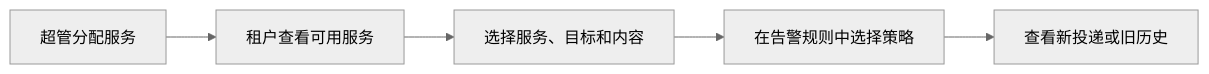
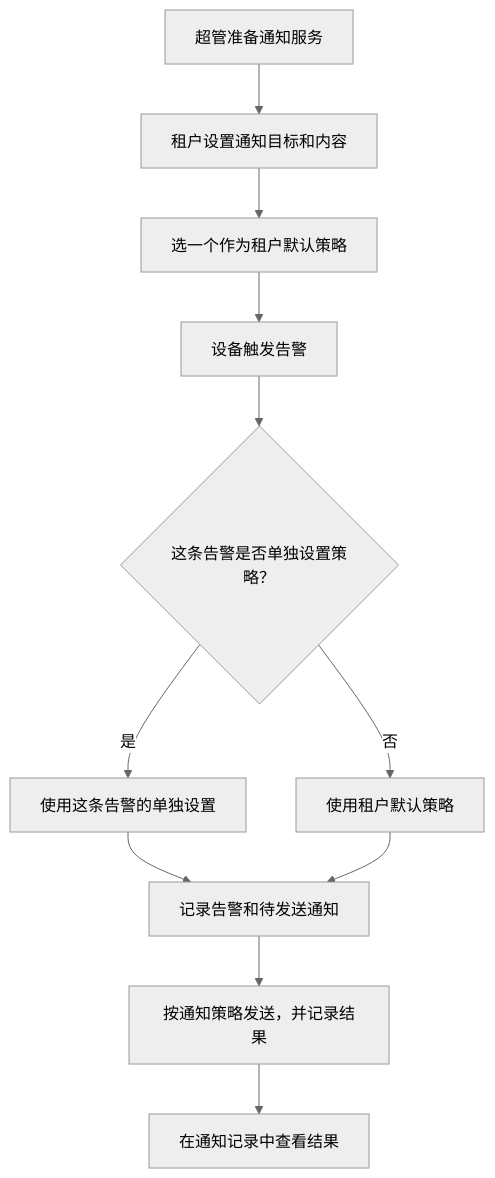
One commit to ThingsPanel/thingspanel.github.io changed the diagram in i18n/zh-Hans/docusaurus-plugin-content-docs/current/user-guide/tenant-operation-manual/warning/Notification_group.md. Above: the diagram before and after it, drawn with Mermaid (neutral theme). The commit also changed other lines of this file and 10 other files, not shown here.

Commit message:
docs: explain tenant default policy with product workflow and real screenshots

````diff
--- a/i18n/zh-Hans/docusaurus-plugin-content-docs/current/user-guide/tenant-operation-manual/warning/Notification_group.md
+++ b/i18n/zh-Hans/docusaurus-plugin-content-docs/current/user-guide/tenant-operation-manual/warning/Notification_group.md
@@ -9,7 +9,13 @@
 ```mermaid
-flowchart LR
-  Admin[超管分配服务] --> Tenant[租户查看可用服务]
-  Tenant --> Strategy[选择服务、目标和内容]
-  Strategy --> Alarm[在告警规则中选择策略]
-  Alarm --> Record[查看新投递或旧历史]
+flowchart TD
+  Service[超管准备通知服务] --> Policy[租户设置通知目标和内容]
+  Policy --> Default[选一个作为租户默认策略]
+  Default --> Alarm[设备触发告警]
+  Alarm --> Choice{这条告警是否单独设置策略？}
+  Choice -->|是| Explicit[使用这条告警的单独设置]
+  Choice -->|否| Inherit[使用租户默认策略]
+  Explicit --> Save[记录告警和待发送通知]
+  Inherit --> Save
+  Save --> Send[按通知策略发送，并记录结果]
+  Send --> Result[在通知记录中查看结果]
 ```
````
